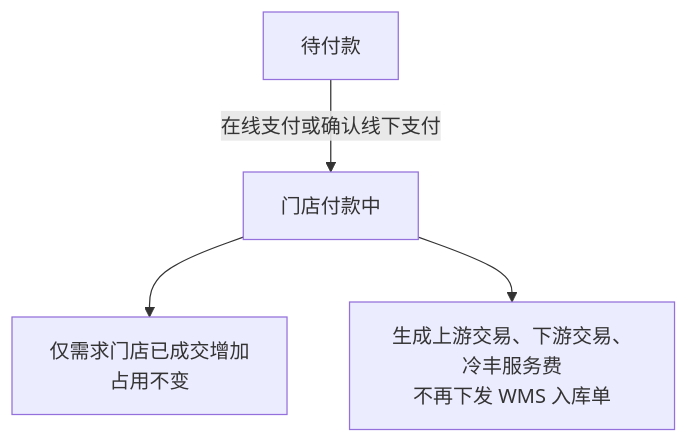
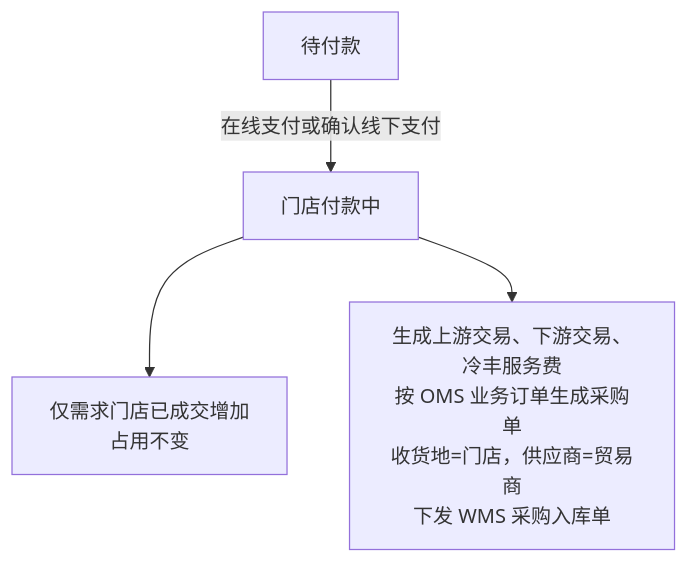
Before and after one commit to 342-droid/LFerp: the seventh of 7 diagrams in RBT/docs/1-整体业务流程图.md, drawn with Mermaid. The commit also changed other lines of this file and 4 other files, not shown here.

````diff
--- a/RBT/docs/1-整体业务流程图.md
+++ b/RBT/docs/1-整体业务流程图.md
@@ -179,6 +181,6 @@
 ```mermaid
 flowchart TB
   V0[待付款] -->|在线支付或确认线下支付| V5[门店付款中]
   V5 --> V7[仅需求门店已成交增加<br/>占用不变]
-  V5 --> V9[生成上游交易、下游交易、冷丰服务费<br/>不再下发 WMS 入库单]
+  V5 --> V9[生成上游交易、下游交易、冷丰服务费<br/>按 OMS 业务订单生成采购单<br/>收货地=门店，供应商=贸易商<br/>下发 WMS 采购入库单]
 ```
````
